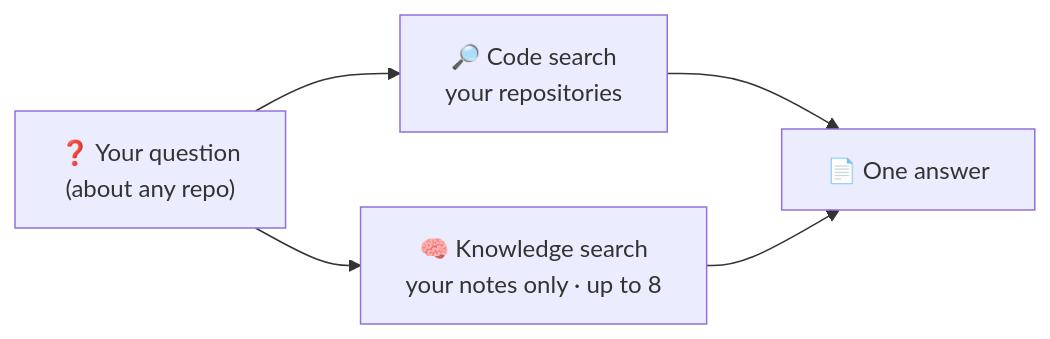
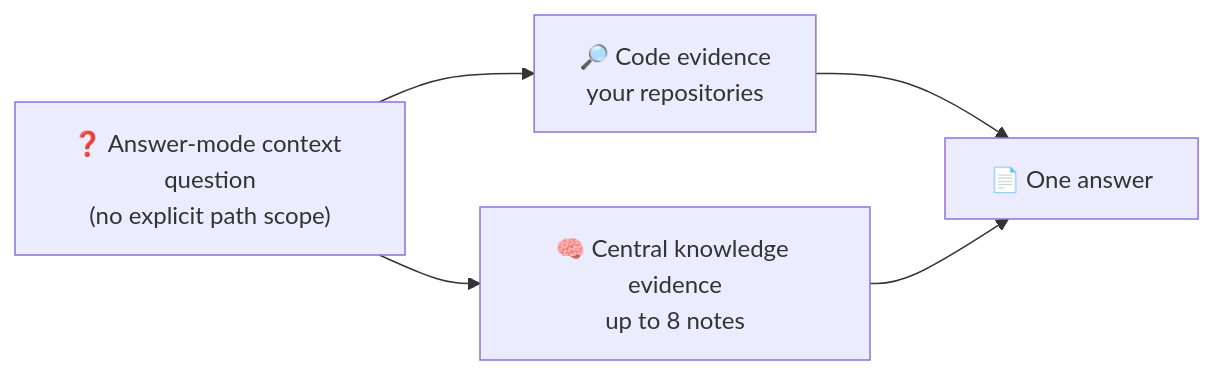
Before and after one commit to aman-5/attic: the diagram in knowledge/README.md, drawn with Mermaid. The commit also changed other lines of this file and 2 other files, not shown here.

Commit message:
Code Restructure and Code Update

````diff
--- a/knowledge/README.md
+++ b/knowledge/README.md
@@ -31,7 +31,7 @@
 ```mermaid
 flowchart LR
-  Q["❓ Your question<br/>(about any repo)"] --> C["🔎 Code search<br/>your repositories"]
-  Q --> K["🧠 Knowledge search<br/>your notes only · up to 8"]
+  Q["❓ Answer-mode context question<br/>(no explicit path scope)"] --> C["🔎 Code evidence<br/>your repositories"]
+  Q --> K["🧠 Central knowledge evidence<br/>up to 8 notes"]
   C --> A["📄 One answer"]
   K --> A
 ```
````
